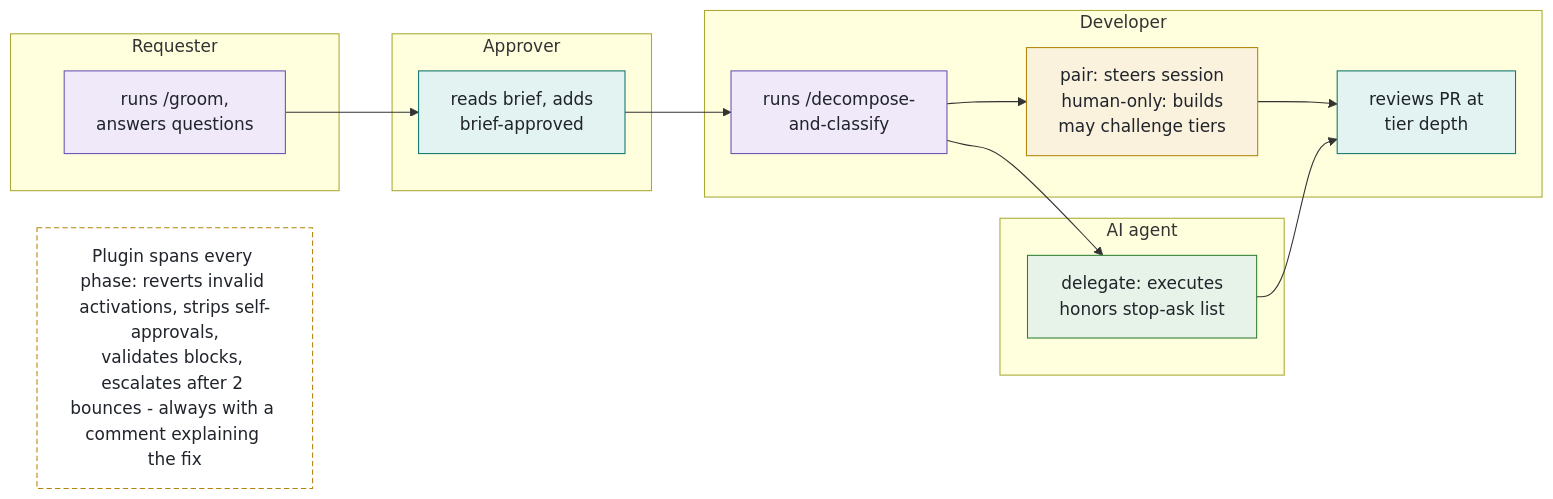
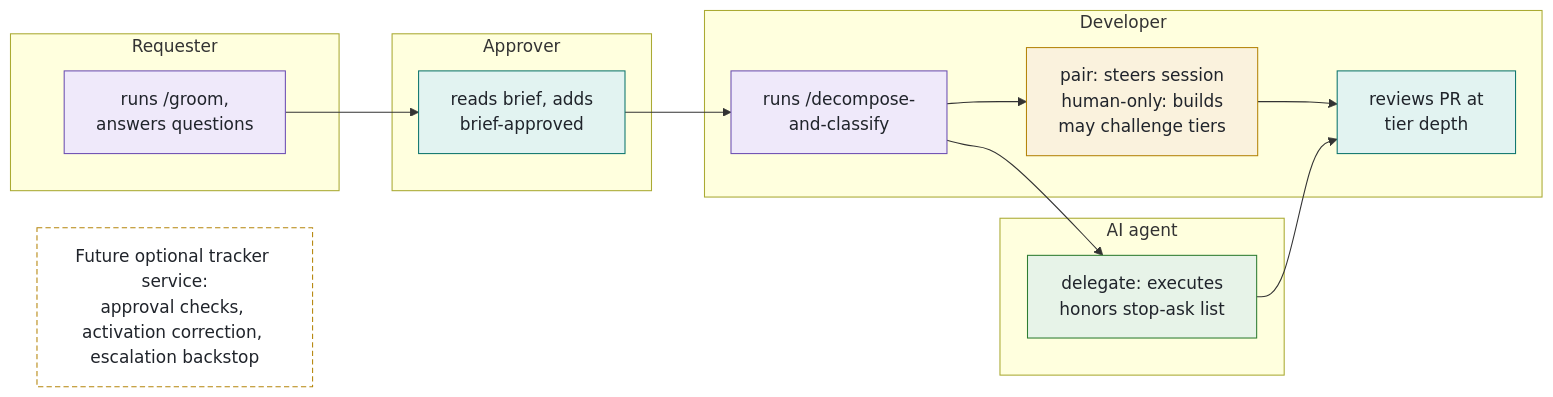
Before and after one commit to izavdev/ai_first: the fourth of 4 diagrams in whitepaper.md, drawn with Mermaid. The commit also changed other lines of this file and 14 other files, not shown here.

````diff
--- a/whitepaper.md
+++ b/whitepaper.md
@@ -238,33 +231,33 @@
 ```mermaid
 flowchart LR
     subgraph REQ["Requester"]
         R1["runs /groom,<br/>answers questions"]
     end
     subgraph APP["Approver"]
         A1["reads brief, adds<br/>brief-approved"]
     end
     subgraph DEV["Developer"]
         D1["runs /decompose-<br/>and-classify"]
         D2["pair: steers session<br/>human-only: builds<br/>may challenge tiers"]
         D3["reviews PR at<br/>tier depth"]
     end
     subgraph AGT["AI agent"]
         G1["delegate: executes<br/>honors stop-ask list"]
     end
 
     R1 --> A1 --> D1 --> D2 --> D3
     D1 --> G1 --> D3
 
-    PLG["Plugin spans every phase: reverts invalid activations, strips self-approvals,<br/>validates blocks, escalates after 2 bounces - always with a comment explaining the fix"]
+    PLG["Future optional tracker service:<br/>approval checks, activation correction, escalation backstop"]
 
     classDef skill fill:#efe9fa,stroke:#6d4fb3,color:#20242b
     classDef gate fill:#e2f3f1,stroke:#0f766e,color:#20242b
     classDef delegate fill:#e7f3e8,stroke:#2e7d32,color:#20242b
     classDef pair fill:#faf2dd,stroke:#b5850b,color:#20242b
     classDef watch fill:#ffffff,stroke:#b5850b,stroke-dasharray: 5 3,color:#20242b
     class R1,D1 skill
     class A1,D3 gate
     class G1 delegate
     class D2 pair
     class PLG watch
 ```
````
